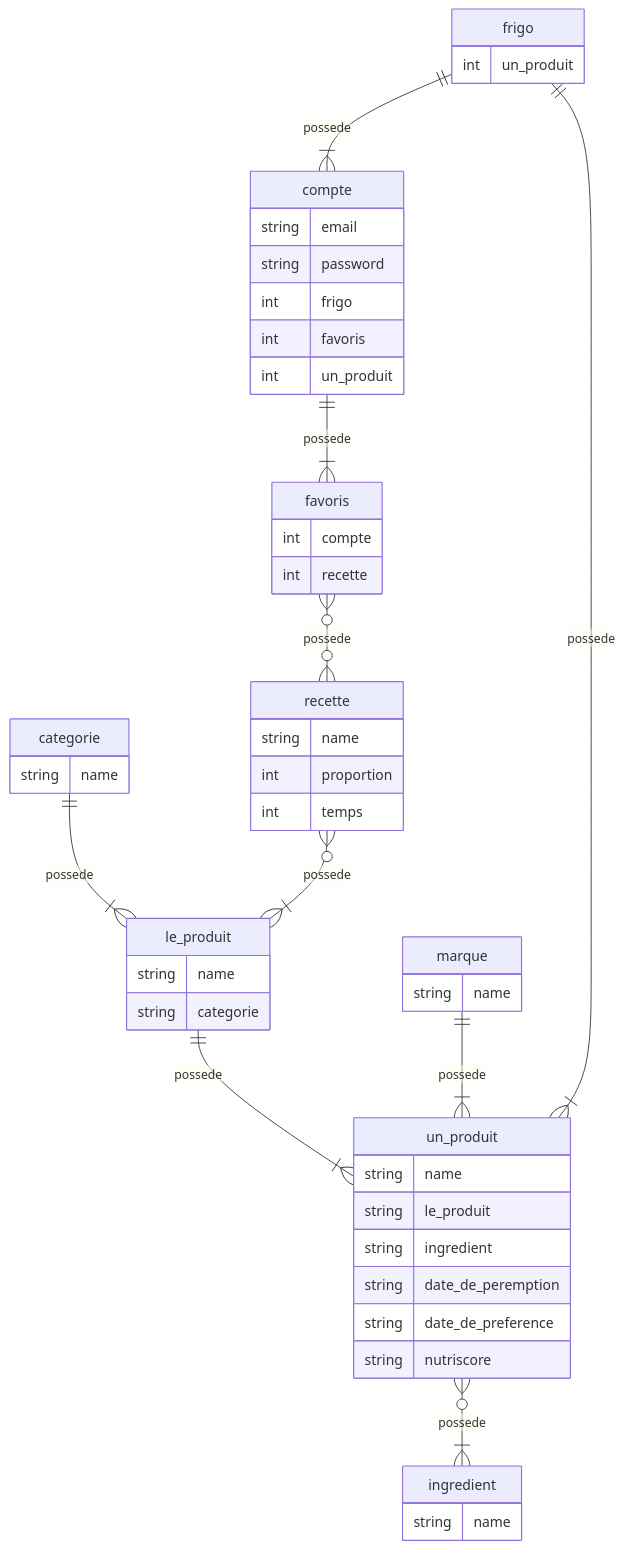
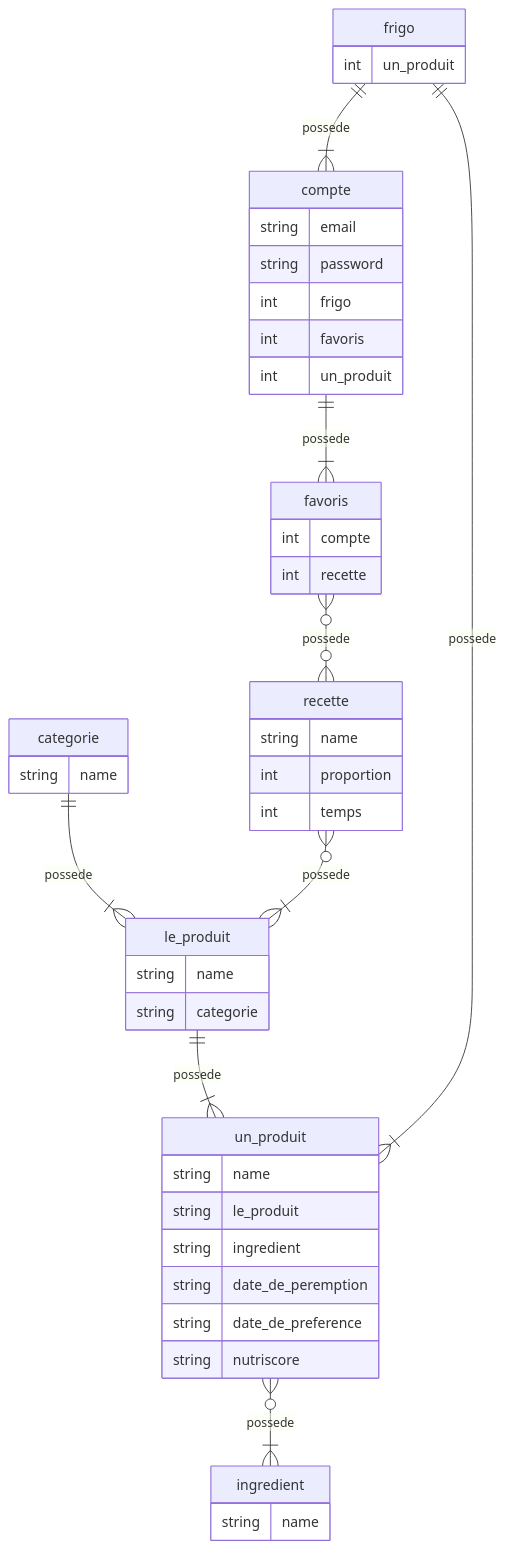
The second of 3 diagrams in readme.md (GitLost-sudo/Scaneat), drawn with Mermaid before and after one commit. The commit also changed other lines of this file, not shown here.

````diff
--- a/readme.md
+++ b/readme.md
@@ -61,54 +60,50 @@
 ``` mermaid
 erDiagram
 
 le_produit ||--|{ un_produit : possede
-marque ||--|{ un_produit : possede
 categorie ||--|{ le_produit : possede
 frigo ||--|{ un_produit : possede
 frigo ||--|{ compte : possede
 compte ||--|{ favoris : possede
 favoris }o--o{ recette : possede
 recette }o--|{ le_produit : possede
 un_produit }o--|{ ingredient : possede
 
 recette {
     string name
     int proportion
     int temps
 }
 le_produit {
     string name
     string categorie
 }
 un_produit {
     string name
     string le_produit
     string ingredient
     string date_de_peremption
     string date_de_preference
     string nutriscore
 }
 ingredient {
     string name
 }
 categorie {
     string name
 }
 compte{
     string email
     string password
     int frigo
     int favoris
     int un_produit
 }
 frigo {
     int un_produit
 }
 favoris {
     int compte
     int recette
 }
-marque {
-    string name
-}
 ```
````
